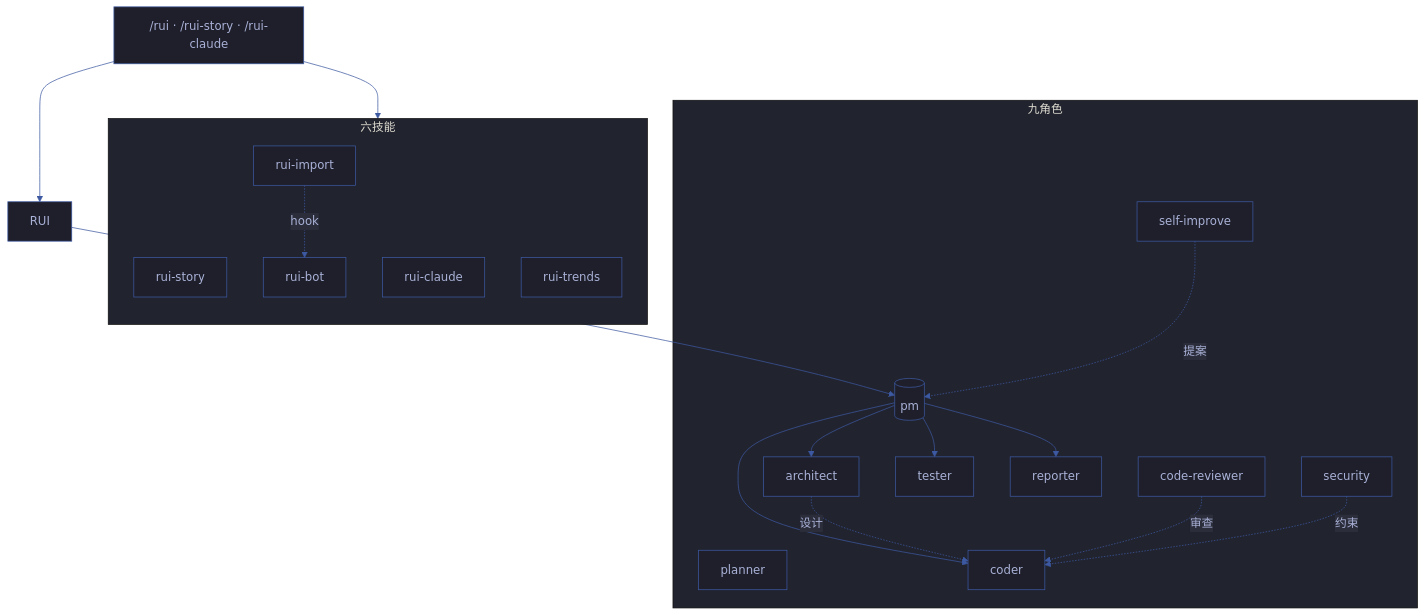
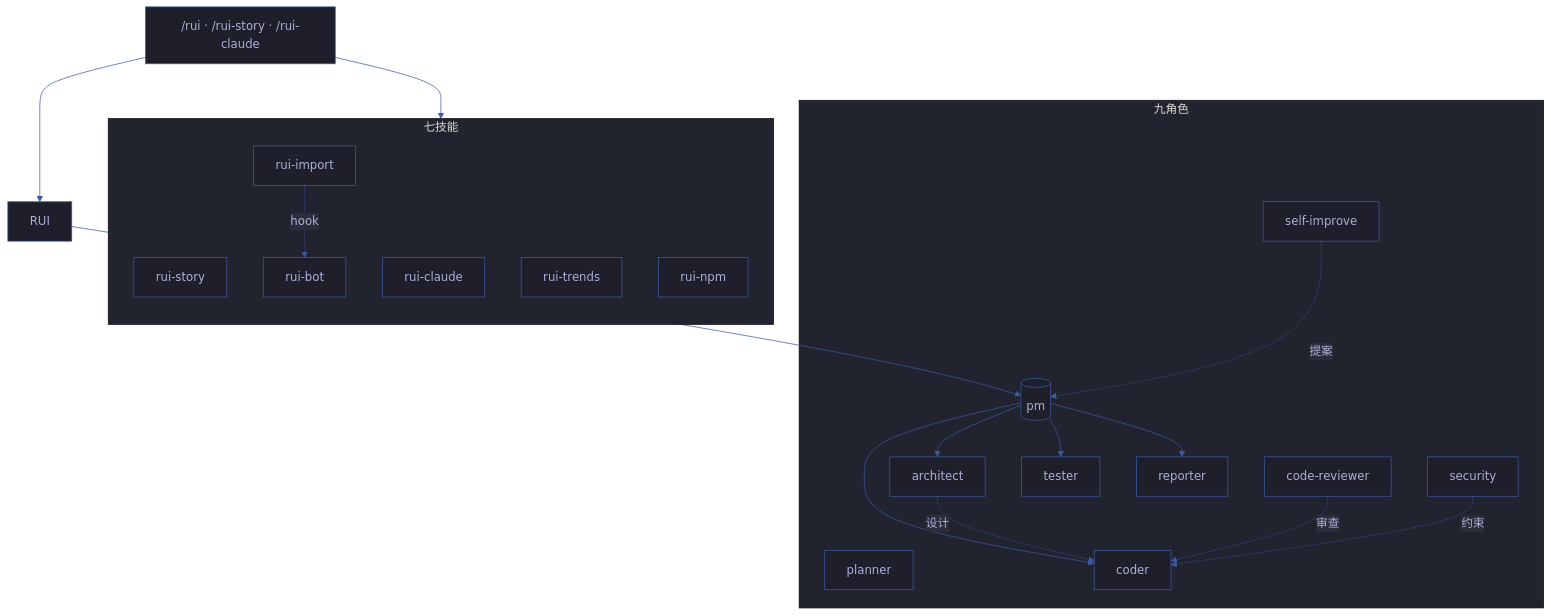
The first of 6 diagrams in README.md (effiy/YrY), drawn with Mermaid before and after one commit. The commit also changed other lines of this file and 20 other files, not shown here.

First line of the commit message:
feat: add review center with 8 scene reviews + rui-npm skill + docs/index.html enhancements

````diff
--- a/README.md
+++ b/README.md
@@ -9,43 +9,44 @@
 ```mermaid
 %%{init: {'theme': 'base', 'themeVariables': {
   'primaryColor': '#1e1f2b',
   'primaryTextColor': '#a9b1d6',
   'primaryBorderColor': '#3d59a1',
   'lineColor': '#3d59a1',
   'secondaryColor': '#2b2d3b',
   'tertiaryColor': '#21232f'
 }}}%%
 flowchart TD
     CMD["/rui · /rui-story · /rui-claude"]
 
-    subgraph Skills[六技能]
+    subgraph Skills[七技能]
         direction TB
         RS[rui-story]:::skill
         RC[rui-claude]:::skill
         ID[rui-import]:::skill
         WW[rui-bot]:::skill
         TD[rui-trends]:::skill
+        RN[rui-npm]:::skill
     end
 
     subgraph Agents[九角色]
         PM[("pm")]:::core
         PLANNER[planner]:::agent
         ARCHITECT[architect]:::agent
         CODER[coder]:::agent
         REVIEWER[code-reviewer]:::agent
         TESTER[tester]:::agent
         REPORTER[reporter]:::agent
         SECURITY[security]:::agent
         SI[self-improve]:::agent
     end
 
     CMD --> RUI & RC
     RUI --> PM
     PM --> ARCHITECT & CODER & TESTER & REPORTER
     ARCHITECT -.设计.-> CODER
     REVIEWER -.审查.-> CODER
     SECURITY -.约束.-> CODER
     SI -.提案.-> PM
     ID -.hook.-> WW
 
 ```
````
